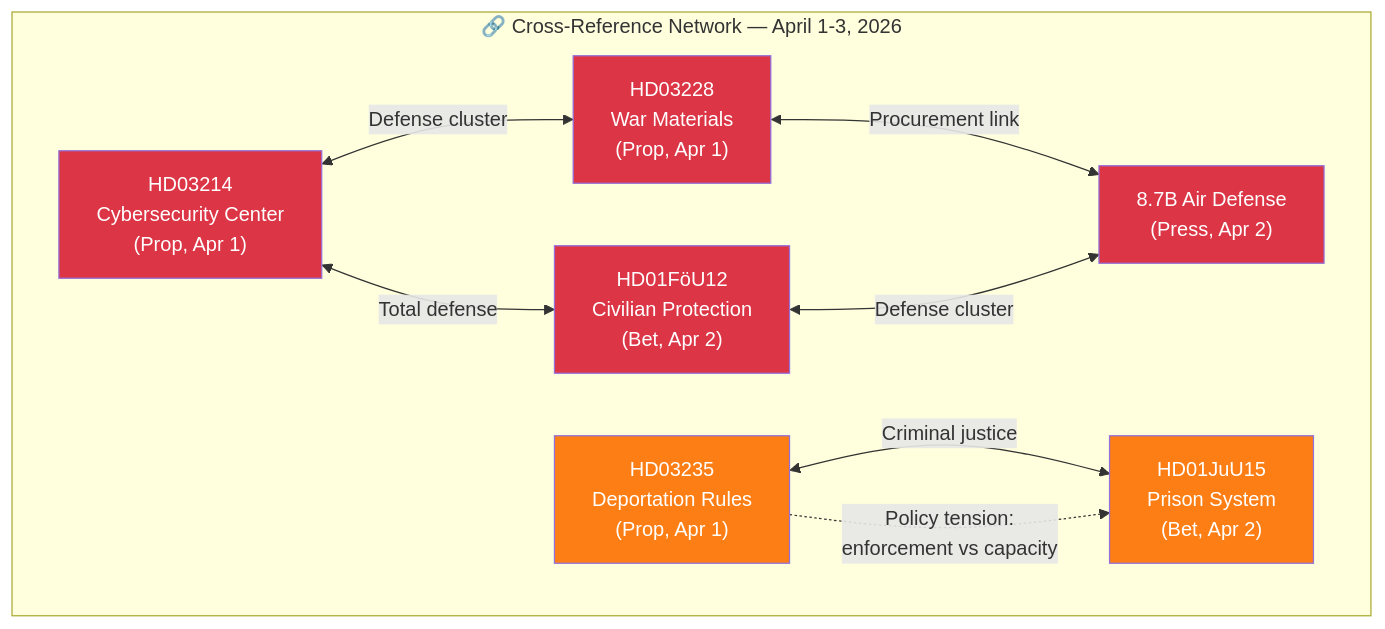
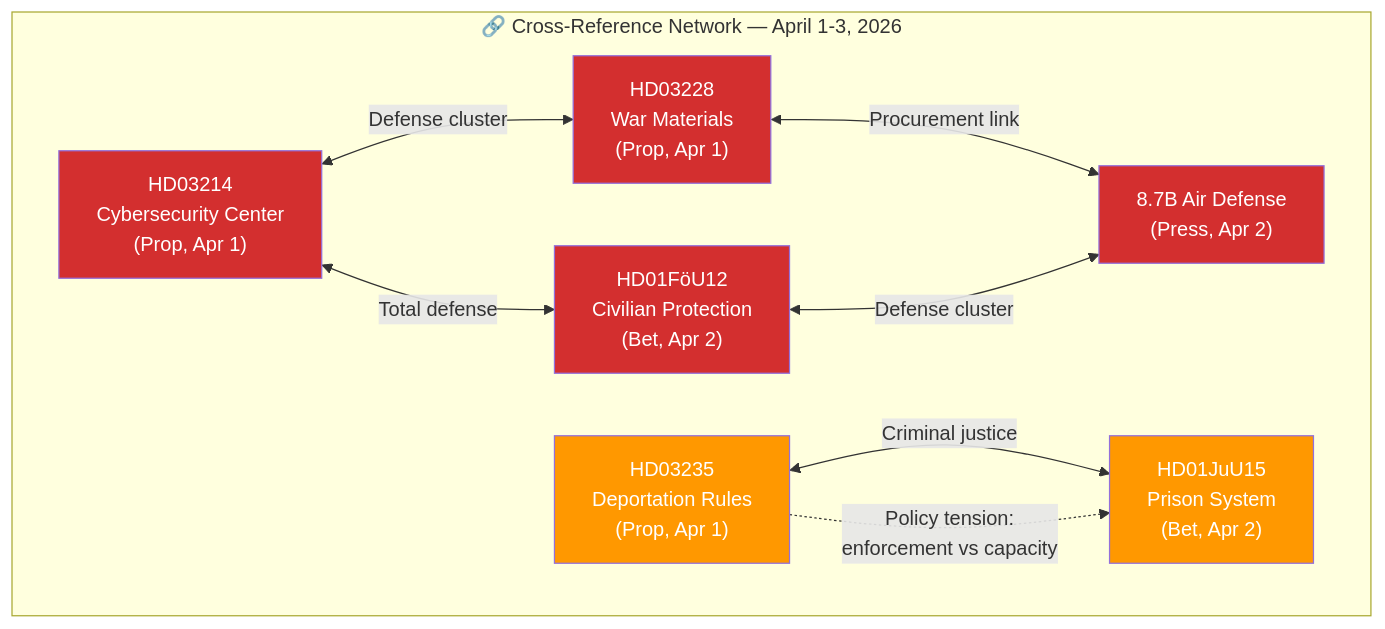
One commit to Hack23/riksdagsmonitor changed the diagram in analysis/daily/2026-04-03/realtime-1018/cross-reference-map.md. Above: the diagram before and after it, drawn with Mermaid. The commit also changed 785 other files, not shown here.

First line of the commit message:
Normalize mermaid colors across 786 analysis artifacts to ISMS Style Guide palette

````diff
--- a/analysis/daily/2026-04-03/realtime-1018/cross-reference-map.md
+++ b/analysis/daily/2026-04-03/realtime-1018/cross-reference-map.md
@@ -16,25 +16,25 @@
 ```mermaid
 graph TD
     subgraph "🔗 Cross-Reference Network — April 1-3, 2026"
         HD03214["HD03214<br/>Cybersecurity Center<br/>(Prop, Apr 1)"]
         HD03228["HD03228<br/>War Materials<br/>(Prop, Apr 1)"]
         HD03235["HD03235<br/>Deportation Rules<br/>(Prop, Apr 1)"]
         FoU12["HD01FöU12<br/>Civilian Protection<br/>(Bet, Apr 2)"]
         JuU15["HD01JuU15<br/>Prison System<br/>(Bet, Apr 2)"]
         AIR["8.7B Air Defense<br/>(Press, Apr 2)"]
     end
 
     HD03214 <-->|"Defense cluster"| HD03228
     HD03214 <-->|"Total defense"| FoU12
     HD03228 <-->|"Procurement link"| AIR
     FoU12 <-->|"Defense cluster"| AIR
     HD03235 <-->|"Criminal justice"| JuU15
     HD03235 -.->|"Policy tension:<br/>enforcement vs capacity"| JuU15
 
-    style HD03214 fill:#dc3545,color:#fff
-    style HD03228 fill:#dc3545,color:#fff
-    style HD03235 fill:#fd7e14,color:#fff
-    style FoU12 fill:#dc3545,color:#fff
-    style JuU15 fill:#fd7e14,color:#fff
-    style AIR fill:#dc3545,color:#fff
+    style HD03214 fill:#D32F2F,color:#FFFFFF
+    style HD03228 fill:#D32F2F,color:#FFFFFF
+    style HD03235 fill:#FF9800,color:#FFFFFF
+    style FoU12 fill:#D32F2F,color:#FFFFFF
+    style JuU15 fill:#FF9800,color:#FFFFFF
+    style AIR fill:#D32F2F,color:#FFFFFF
 ```
````
